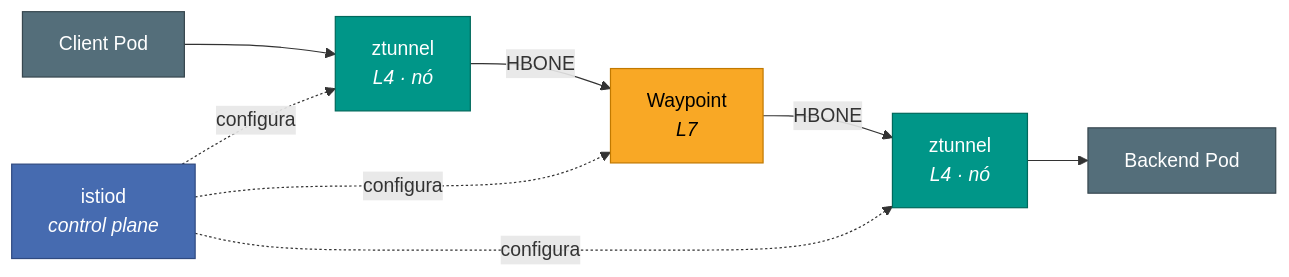
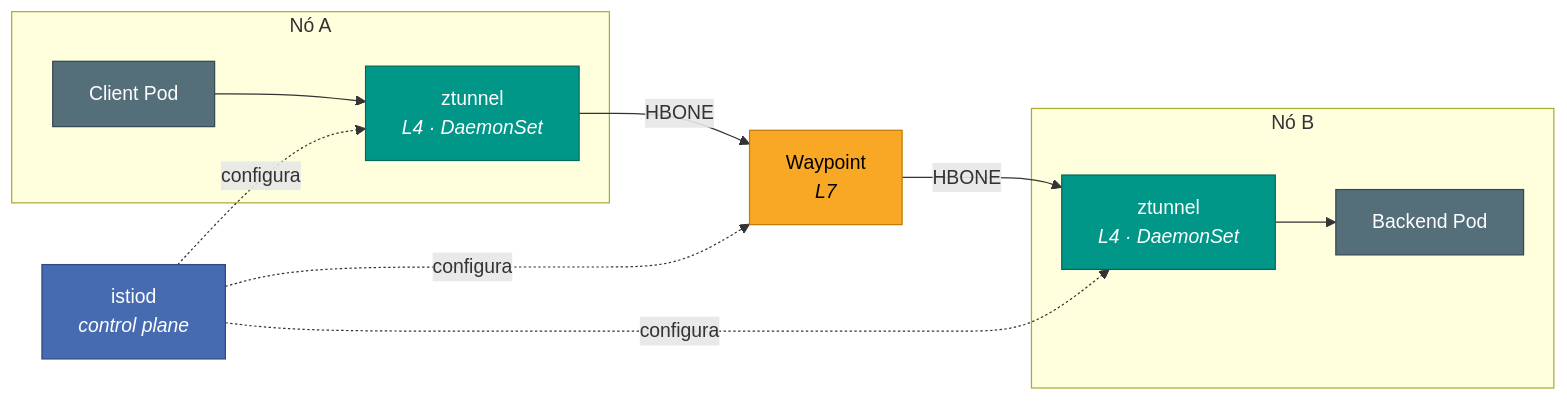
One commit to alanmosilva/sre-istio-course changed the fourth of 6 diagrams in README.md. Above: the diagram before and after it, drawn with Mermaid. The commit also changed other lines of this file, not shown here.

Commit message:
Ambient mode changed

````diff
--- a/README.md
+++ b/README.md
@@ -166,19 +166,23 @@
 ```mermaid
 flowchart LR
-    C["Client Pod"] --> Z1["ztunnel<br/><i>L4 · nó</i>"]
+    subgraph NA["Nó A"]
+        C["Client Pod"] --> Z1["ztunnel<br/><i>L4 · DaemonSet</i>"]
+    end
     Z1 -->|HBONE| W["Waypoint<br/><i>L7</i>"]
-    W -->|HBONE| Z2["ztunnel<br/><i>L4 · nó</i>"]
-    Z2 --> B["Backend Pod"]
+    W -->|HBONE| Z2
+    subgraph NB["Nó B"]
+        Z2["ztunnel<br/><i>L4 · DaemonSet</i>"] --> B["Backend Pod"]
+    end
     I["istiod<br/><i>control plane</i>"] -. configura .-> Z1
     I -. configura .-> Z2
     I -. configura .-> W
 
     classDef app fill:#546E7A,stroke:#37474F,color:#fff
     classDef zt fill:#009688,stroke:#00695C,color:#fff
     classDef wp fill:#F9A825,stroke:#C17900,color:#000
     classDef cp fill:#466BB0,stroke:#2F4A80,color:#fff
     class C,B app
     class Z1,Z2 zt
     class W wp
     class I cp
 ```
````
